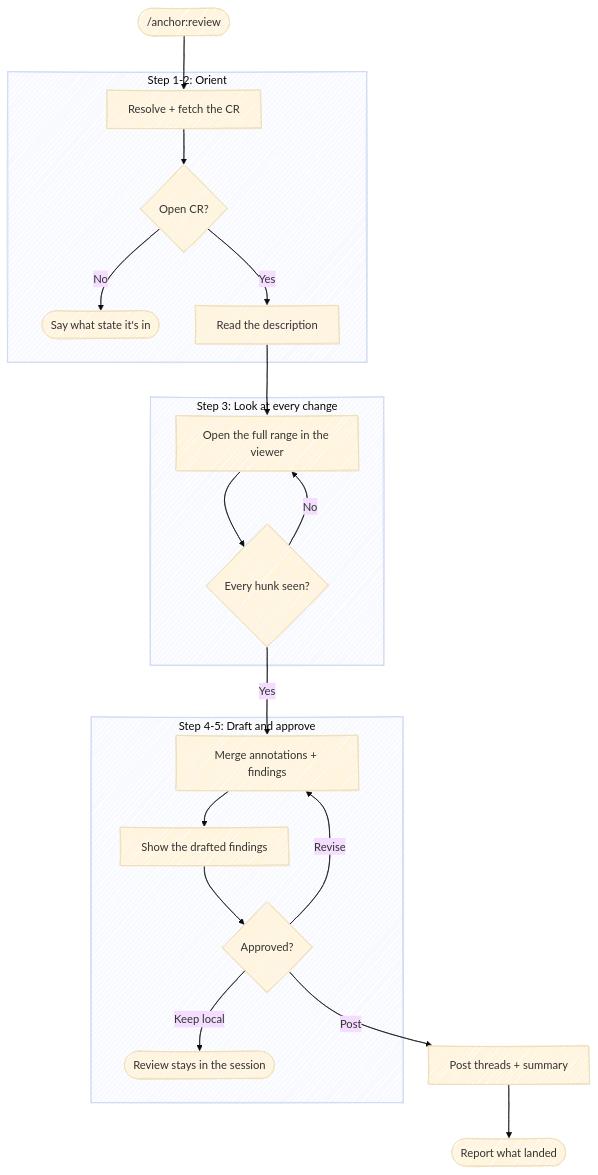
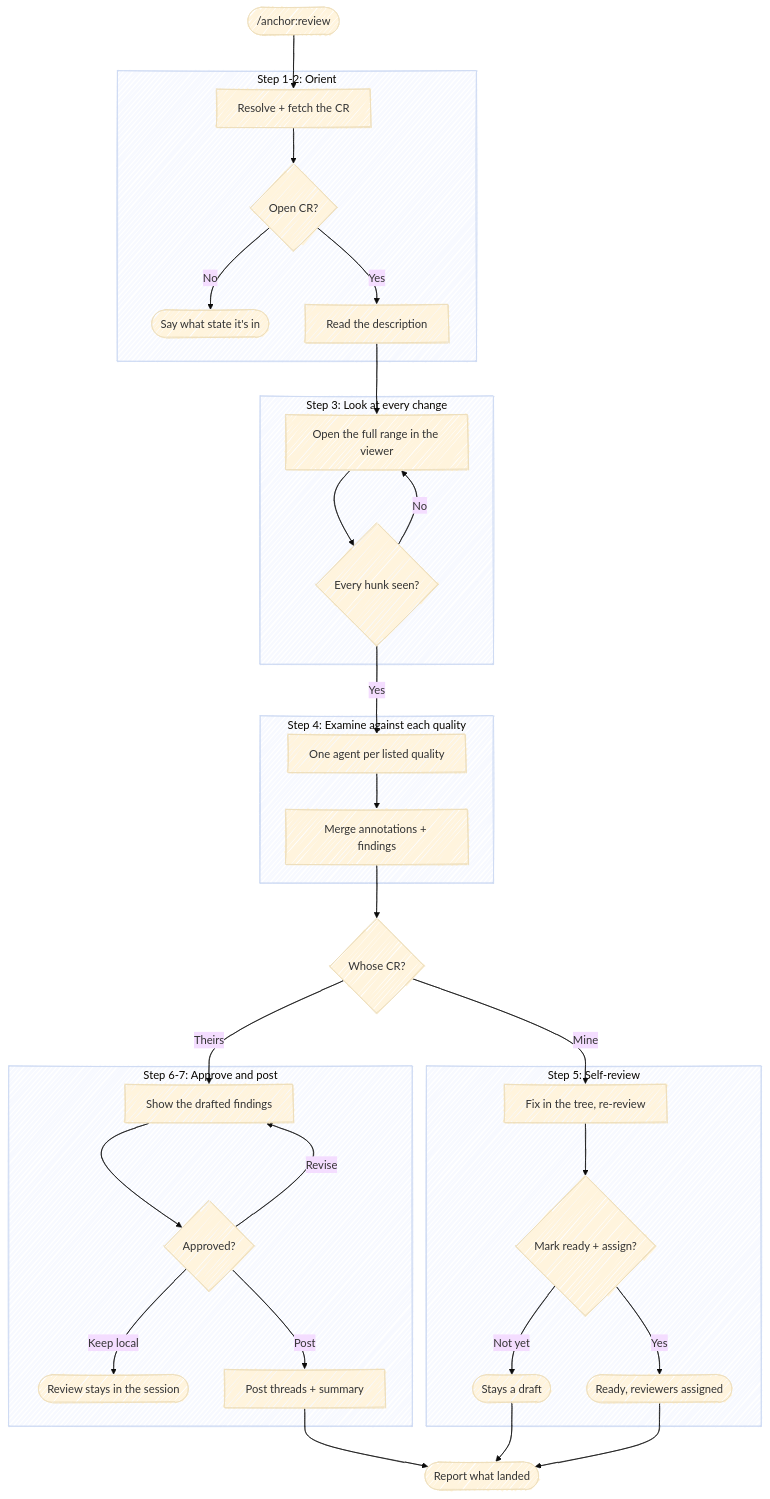
Before and after one commit to chris-peterson/anchor: the diagram in skills/review/SKILL.md, drawn with Mermaid (base theme). The commit also changed other lines of this file and 17 other files, not shown here.

````diff
--- a/skills/review/SKILL.md
+++ b/skills/review/SKILL.md
@@ -31,27 +43,42 @@
 ```mermaid
 %%{ init: { 'look': 'handDrawn' } }%%
 flowchart TD
     Start(["/anchor:review"]) --> Resolve["Resolve + fetch the CR"]
 
     subgraph "Step 1-2: Orient"
         Resolve --> Open{Open CR?}
         Open -->|No| Stop([Say what state it's in])
         Open -->|Yes| Desc["Read the description"]
     end
 
     subgraph "Step 3: Look at every change"
         Desc --> View["Open the full range in the viewer"]
         View --> Complete{Every hunk seen?}
         Complete -->|No| View
     end
 
-    subgraph "Step 4-5: Draft and approve"
-        Complete -->|Yes| Doc["Merge annotations + findings"]
-        Doc --> Show["Show the drafted findings"]
-        Show --> Gate{Approved?}
-        Gate -->|Revise| Doc
-        Gate -->|Keep local| Local([Review stays in the session])
+    subgraph "Step 4: Examine against each quality"
+        Complete -->|Yes| Fan["One agent per listed quality"]
+        Fan --> Doc["Merge annotations + findings"]
     end
 
-    Gate -->|Post| Post["Post threads + summary"] --> Report([Report what landed])
+    subgraph "Step 5: Self-review"
+        Fix["Fix in the tree, re-review"] --> Ready{Mark ready + assign?}
+        Ready -->|Not yet| Draft([Stays a draft])
+        Ready -->|Yes| Handoff([Ready, reviewers assigned])
+    end
+
+    subgraph "Step 6-7: Approve and post"
+        Show["Show the drafted findings"] --> Gate{Approved?}
+        Gate -->|Revise| Show
+        Gate -->|Keep local| Local([Review stays in the session])
+        Gate -->|Post| Post["Post threads + summary"]
+    end
+
+    Doc --> Who{Whose CR?}
+    Who -->|Mine| Fix
+    Who -->|Theirs| Show
+    Post --> Report([Report what landed])
+    Draft --> Report
+    Handoff --> Report
 ```
````
